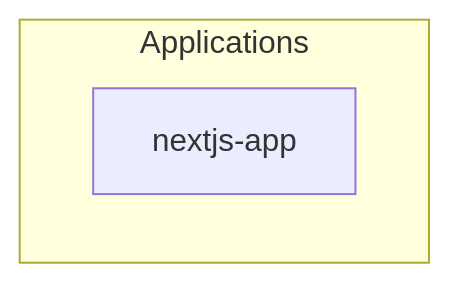
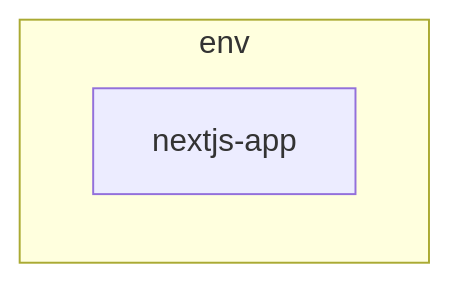
Before and after one commit to sudo-yoko/portfolio-nextjs-2: the diagram in my-monorepo-1/packages/依存関係.md, drawn with Mermaid.

````diff
--- a/my-monorepo-1/packages/依存関係.md
+++ b/my-monorepo-1/packages/依存関係.md
@@ -1,6 +1,6 @@
 ```mermaid
 graph TD
-    subgraph Apps [Applications]
+    subgraph packages [env]
         Web["nextjs-app"]
     end
 ```
````
